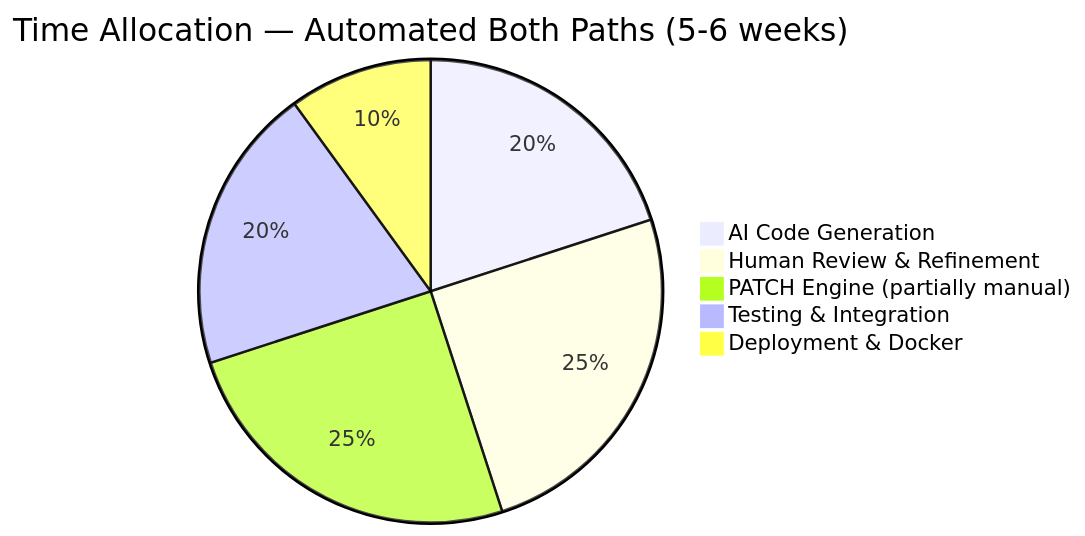
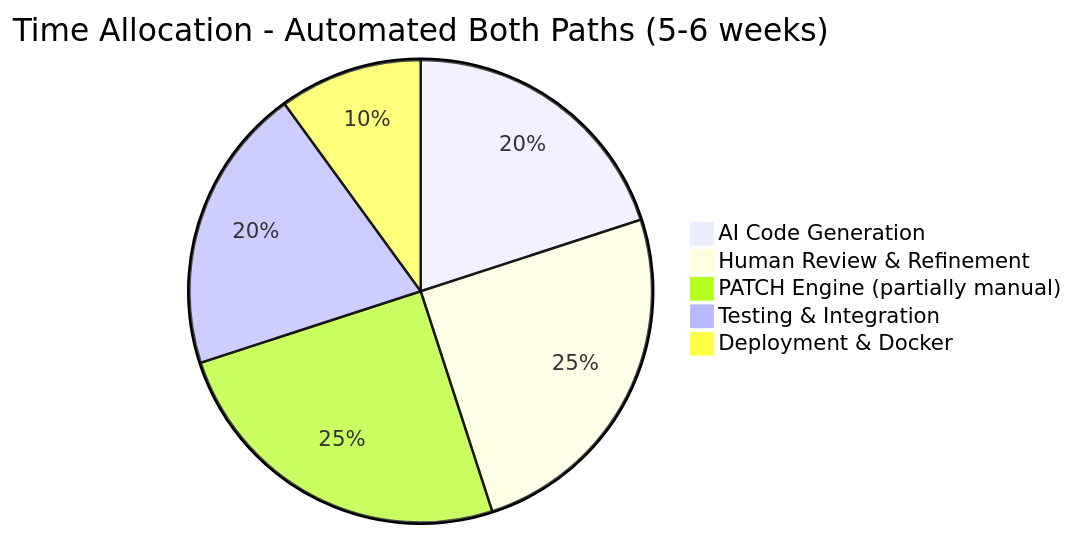
One commit to pranems/SCIMServer changed diagram 12 of 17 in docs/archive/MIGRATION_AUTOMATION_STRATEGY_v1_2026-02-20.md. Above: the diagram before and after it, drawn with Mermaid. The commit also changed other lines of this file and 337 other files, not shown here.

````diff
--- a/docs/archive/MIGRATION_AUTOMATION_STRATEGY_v1_2026-02-20.md
+++ b/docs/archive/MIGRATION_AUTOMATION_STRATEGY_v1_2026-02-20.md
@@ -648,8 +648,8 @@
 ```mermaid
-pie title Time Allocation — Automated Both Paths (5-6 weeks)
+pie title Time Allocation - Automated Both Paths (5-6 weeks)
     "AI Code Generation" : 20
     "Human Review & Refinement" : 25
     "PATCH Engine (partially manual)" : 25
     "Testing & Integration" : 20
     "Deployment & Docker" : 10
 ```
````
